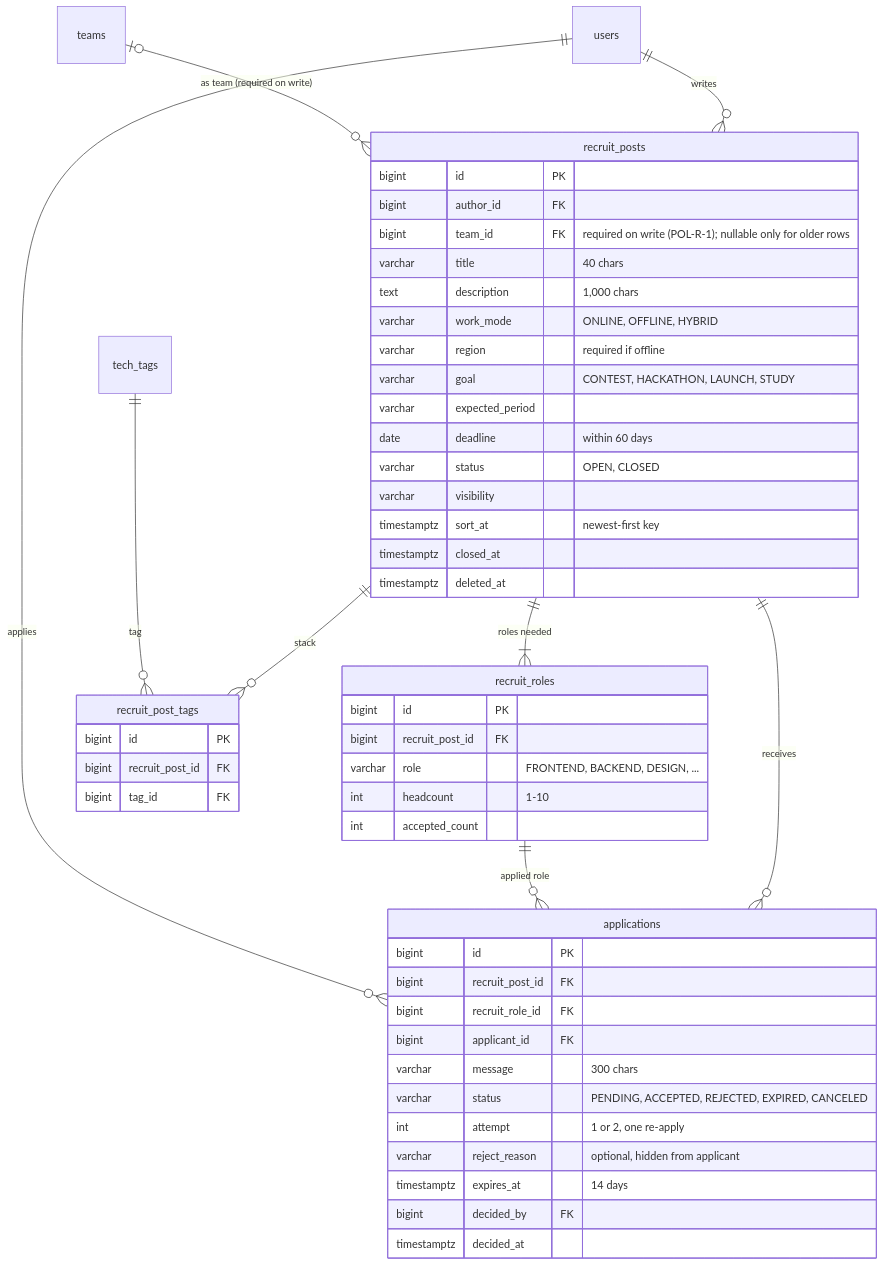
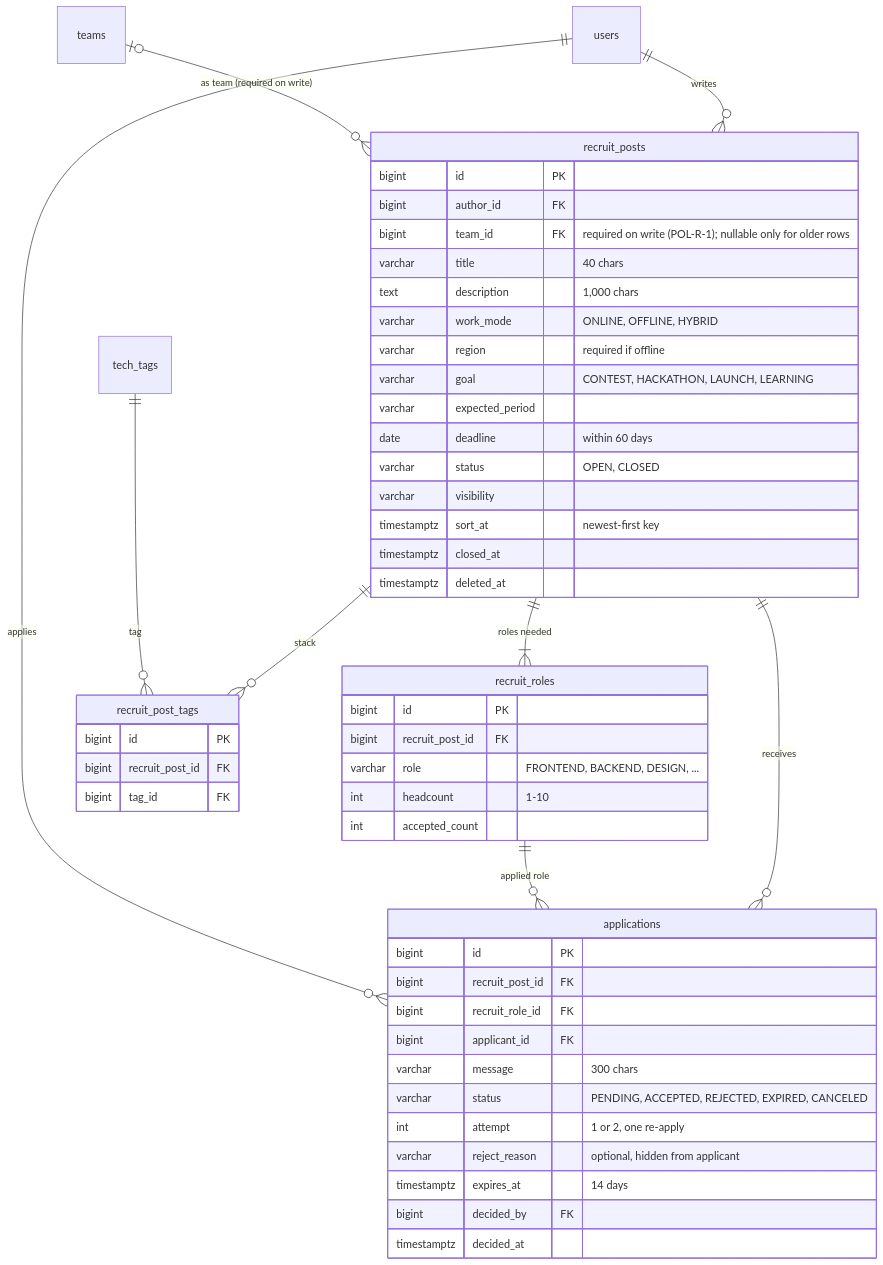
One commit to likelion-backendschool-9th/Linker changed the fourth of 11 diagrams in docs/development/01-erd.md. Above: the diagram before and after it, drawn with Mermaid. The commit also changed 24 other files, not shown here.

````diff
--- a/docs/development/01-erd.md
+++ b/docs/development/01-erd.md
@@ -358,54 +358,54 @@
 ```mermaid
 erDiagram
   users ||--o{ recruit_posts : "writes"
   teams |o--o{ recruit_posts : "as team (required on write)"
   recruit_posts ||--|{ recruit_roles : "roles needed"
   recruit_posts ||--o{ recruit_post_tags : "stack"
   tech_tags ||--o{ recruit_post_tags : "tag"
   recruit_posts ||--o{ applications : "receives"
   recruit_roles ||--o{ applications : "applied role"
   users ||--o{ applications : "applies"
 
   recruit_posts {
     bigint id PK
     bigint author_id FK
     bigint team_id FK "required on write (POL-R-1); nullable only for older rows"
     varchar title "40 chars"
     text description "1,000 chars"
     varchar work_mode "ONLINE, OFFLINE, HYBRID"
     varchar region "required if offline"
-    varchar goal "CONTEST, HACKATHON, LAUNCH, STUDY"
+    varchar goal "CONTEST, HACKATHON, LAUNCH, LEARNING"
     varchar expected_period
     date deadline "within 60 days"
     varchar status "OPEN, CLOSED"
     varchar visibility
     timestamptz sort_at "newest-first key"
     timestamptz closed_at
     timestamptz deleted_at
   }
   recruit_roles {
     bigint id PK
     bigint recruit_post_id FK
     varchar role "FRONTEND, BACKEND, DESIGN, ..."
     int headcount "1-10"
     int accepted_count
   }
   recruit_post_tags {
     bigint id PK
     bigint recruit_post_id FK
     bigint tag_id FK
   }
   applications {
     bigint id PK
     bigint recruit_post_id FK
     bigint recruit_role_id FK
     bigint applicant_id FK
     varchar message "300 chars"
     varchar status "PENDING, ACCEPTED, REJECTED, EXPIRED, CANCELED"
     int attempt "1 or 2, one re-apply"
     varchar reject_reason "optional, hidden from applicant"
     timestamptz expires_at "14 days"
     bigint decided_by FK
     timestamptz decided_at
   }
 ```
````
